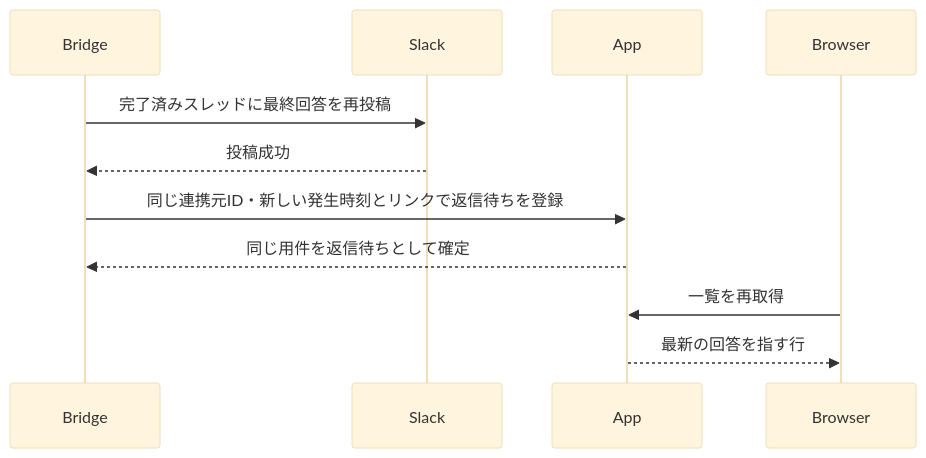
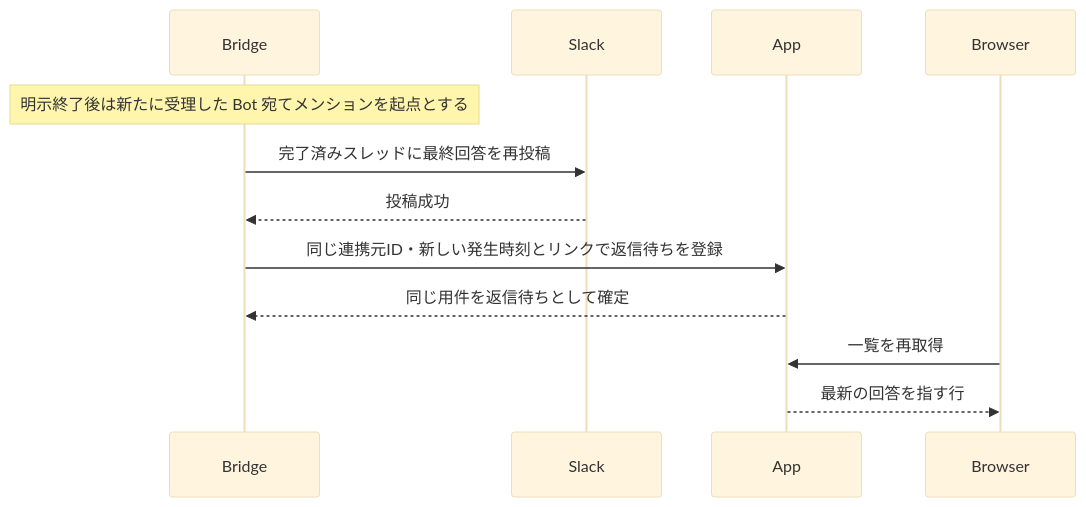
One commit to nishimura-yuma77/preview changed the fifth of 5 diagrams in reply-watch/docs/spec/features/reply-tracking/USECASE.md. Above: the diagram before and after it, drawn with Mermaid (base theme). The commit also changed other lines of this file and 2 other files, not shown here.

````diff
--- a/reply-watch/docs/spec/features/reply-tracking/USECASE.md
+++ b/reply-watch/docs/spec/features/reply-tracking/USECASE.md
@@ -74,9 +96,10 @@
 ```mermaid
 sequenceDiagram
+    Note over Bridge: 明示終了後は新たに受理した Bot 宛てメンションを起点とする
     Bridge->>Slack: 完了済みスレッドに最終回答を再投稿
     Slack-->>Bridge: 投稿成功
     Bridge->>App: 同じ連携元ID・新しい発生時刻とリンクで返信待ちを登録
     App-->>Bridge: 同じ用件を返信待ちとして確定
     Browser->>App: 一覧を再取得
     App-->>Browser: 最新の回答を指す行
 ```
````
